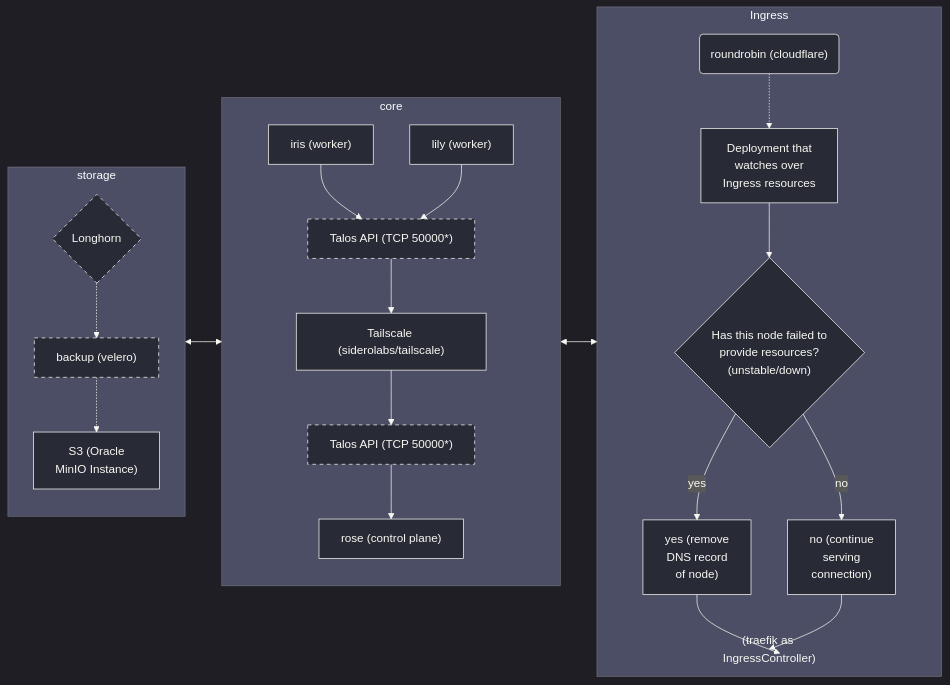
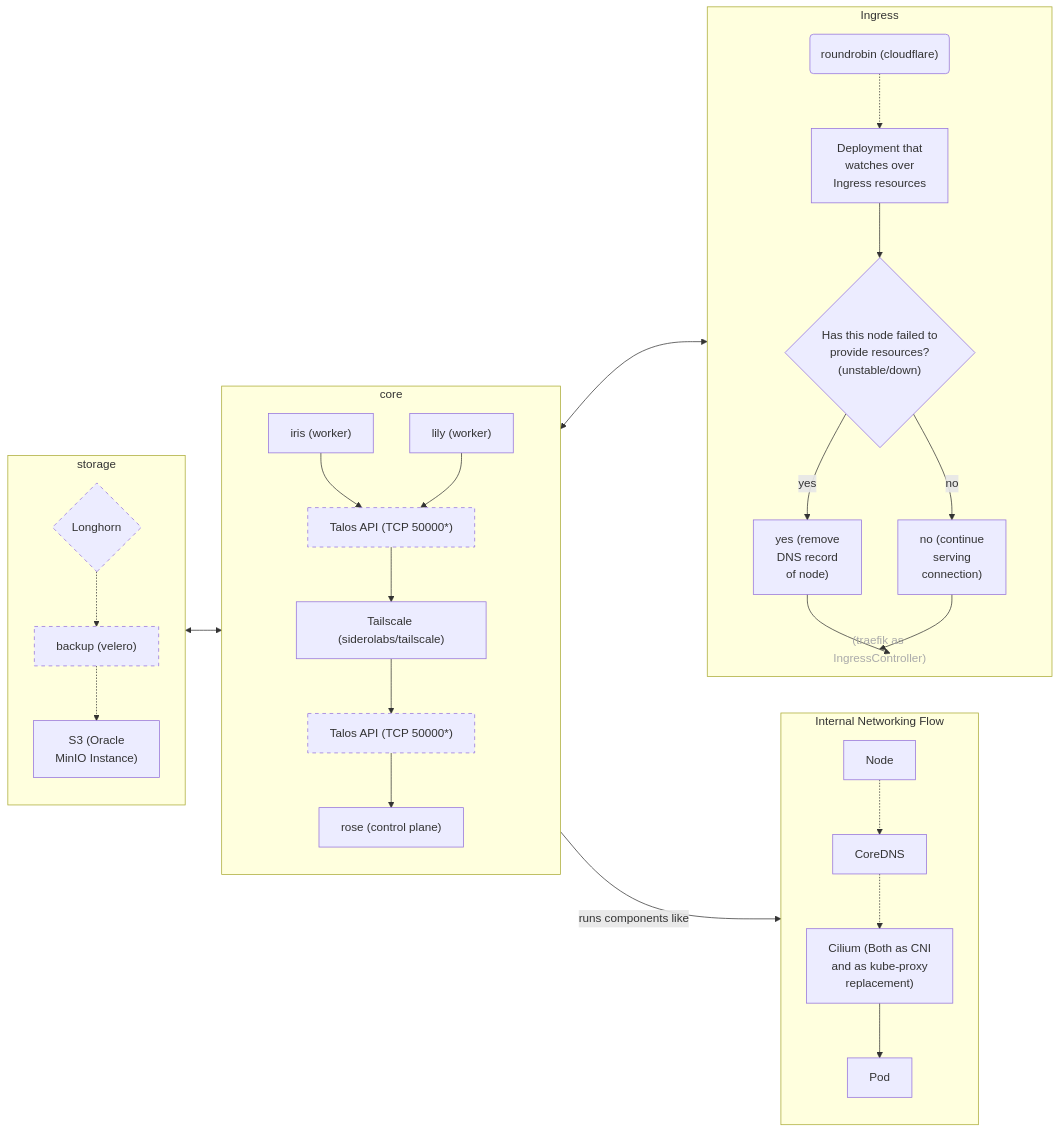
One commit to bouquet2/bouquet2 changed the diagram in README.md. Above: the diagram before and after it, drawn with Mermaid.

Commit message:
Update chart

````diff
--- a/README.md
+++ b/README.md
@@ -83,60 +83,74 @@
 ```mermaid
-%%{init: {'theme': 'dark', 'themeVariables': {'mainBkg': '#282a36', 'nodeBorder': '#f8f8f2', 'textColor': '#f8f8f2', 'lineColor': '#f8f8f2', 'primaryColor': '#282a36', 'primaryTextColor': '#f8f8f2', 'primaryBorderColor': '#f8f8f2'}}}%%
 graph LR
     classDef dashed stroke-dasharray: 5 5, stroke-width:1px
-
+    %% User Context:
+    %% 1. [2025-04-10]. User knows Ansible
     %% - All nodes run Talos Linux
     %% - Will be multi-cloud
     %% - Will be expandable
     %% - hopefully be reproducible (fingers crossed)
     %% - velero might not happen depends on my wallet idk
 
     subgraph Core [core]
         direction TB
         core_rose["rose (control plane)"]
         core_talos_api_up["Talos API (TCP 50000*)"]:::dashed
         core_tailscale["Tailscale (siderolabs/tailscale)"]
         core_talos_api_down["Talos API (TCP 50000*)"]:::dashed
         core_iris["iris (worker)"]
         core_lily["lily (worker)"]
-
         core_iris --> core_talos_api_down
         core_lily --> core_talos_api_down
         core_talos_api_down --> core_tailscale
         core_tailscale --> core_talos_api_up
         core_talos_api_up --> core_rose
     end
 
     subgraph Storage [storage]
         direction TB
-        storage_openebs{"Longhorn"}:::dashed
+        storage_longhorn{"Longhorn"}:::dashed
+        %% Kept Longhorn as per original chart text
         storage_velero["backup (velero)"]:::dashed
         storage_s3["S3 (Oracle<br>MinIO Instance)"]
-
-        storage_openebs -.-> storage_velero
+        storage_longhorn -.-> storage_velero
         storage_velero -.-> storage_s3
     end
 
     subgraph Ingress
         direction TB
         ingress_rr("roundrobin (cloudflare)")
         ingress_watcher["Deployment that<br>watches over<br>Ingress resources"]
         ingress_check{"Has this node failed to<br>provide resources?<br>(unstable/down)"}
         ingress_yes["yes (remove<br>DNS record<br>of node)"]
         ingress_no["no (continue<br>serving<br>connection)"]
         ingress_note(["(traefik as IngressController)"])
-        style ingress_note fill:none,stroke:none,color:#aaa %% Make note less prominent
-
+        style ingress_note fill:none,stroke:none,color:#aaa
+        %% Make note less prominent
         ingress_rr -.-> ingress_watcher
         ingress_watcher --> ingress_check
         ingress_check -- yes --> ingress_yes
         ingress_check -- no --> ingress_no
         %% Place note loosely after decision
         ingress_yes --> ingress_note
         ingress_no --> ingress_note
     end
 
+    subgraph InternalNetworking [Internal Networking Flow]
+        direction TB
+        int_net_node[Node]
+        int_net_coredns[CoreDNS]
+        int_net_cilium["Cilium (Both as CNI<br>and as kube-proxy<br>replacement)"]
+        int_net_pod[Pod]
+        %% Use dashed lines for first two hops as in the source image
+        int_net_node -.-> int_net_coredns
+        int_net_coredns -.-> int_net_cilium
+        %% Use solid line for the last hop as in the source image
+        int_net_cilium --> int_net_pod
+    end
+
     %% Connections between subgraphs
     Storage <--> Core
     Core <--> Ingress
+    %% Show that Internal Networking runs *within* the Core nodes and relates to Pods
+    Core -- "runs components like" --> InternalNetworking
 ```
````
